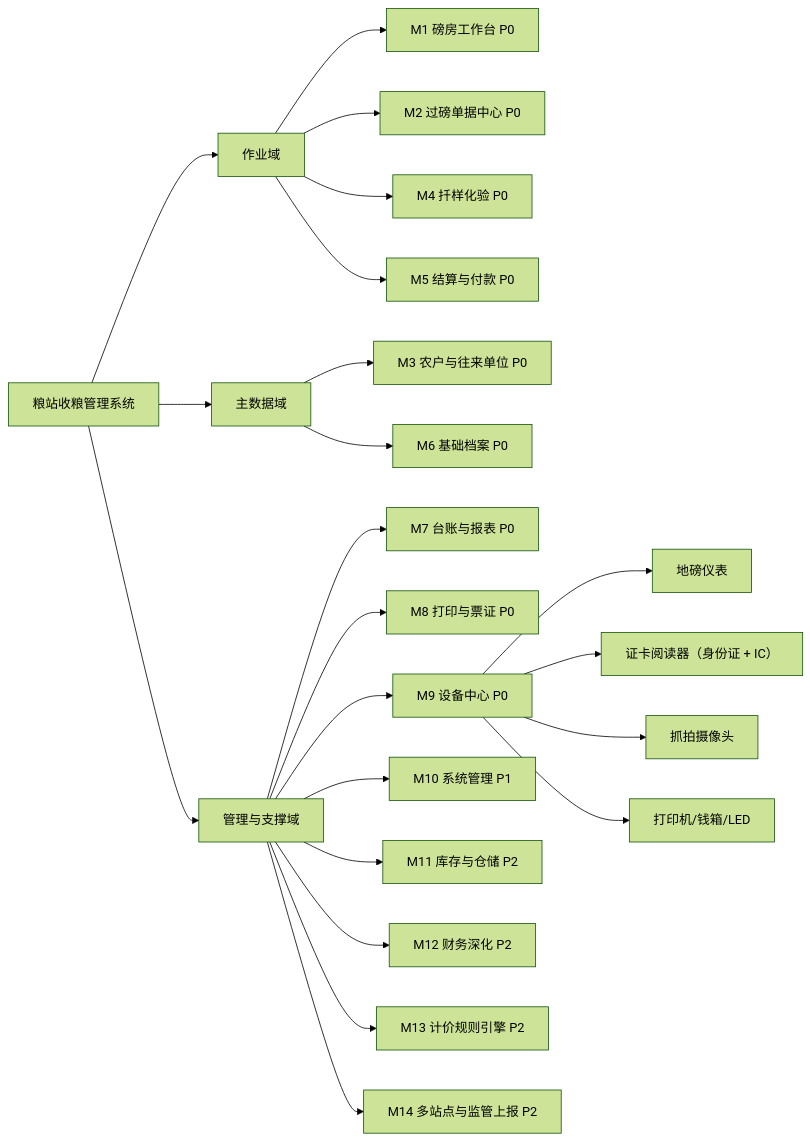
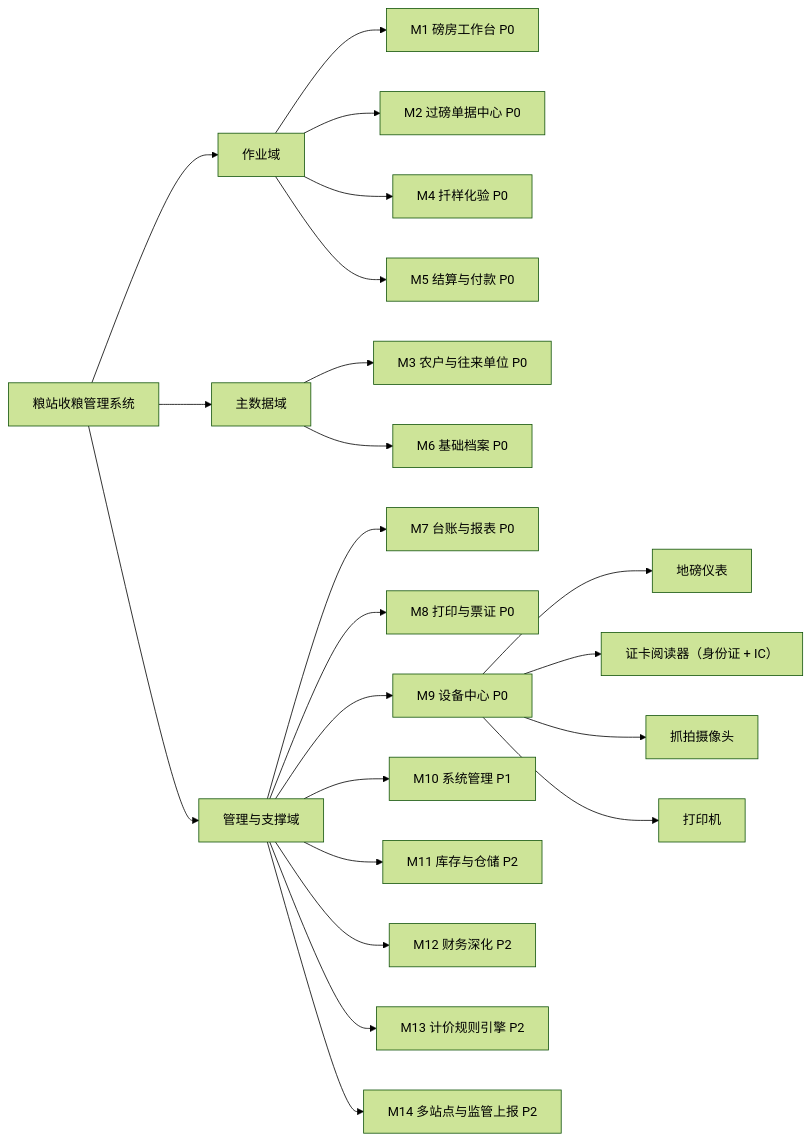
One commit to datawalkcloud/BangHe changed the first of 2 diagrams in docs/design/02-功能模块规划.md. Above: the diagram before and after it, drawn with Mermaid (forest theme). The commit also changed other lines of this file and 48 other files, not shown here.

````diff
--- a/docs/design/02-功能模块规划.md
+++ b/docs/design/02-功能模块规划.md
@@ -17,28 +17,28 @@
 ```mermaid
 flowchart LR
     Root["粮站收粮管理系统"] --> A["作业域"]
     Root --> B["主数据域"]
     Root --> C["管理与支撑域"]
 
     A --> M1["M1 磅房工作台 P0"]
     A --> M2["M2 过磅单据中心 P0"]
     A --> M4["M4 扦样化验 P0"]
     A --> M5["M5 结算与付款 P0"]
 
     B --> M3["M3 农户与往来单位 P0"]
     B --> M6["M6 基础档案 P0"]
 
     C --> M7["M7 台账与报表 P0"]
     C --> M8["M8 打印与票证 P0"]
     C --> M9["M9 设备中心 P0"]
     C --> M10["M10 系统管理 P1"]
     C --> M11["M11 库存与仓储 P2"]
     C --> M12["M12 财务深化 P2"]
     C --> M13["M13 计价规则引擎 P2"]
     C --> M14["M14 多站点与监管上报 P2"]
 
     M9 --> D1["地磅仪表"]
     M9 --> D2["证卡阅读器（身份证 + IC）"]
     M9 --> D3["抓拍摄像头"]
-    M9 --> D4["打印机/钱箱/LED"]
+    M9 --> D4["打印机"]
 ```
````
